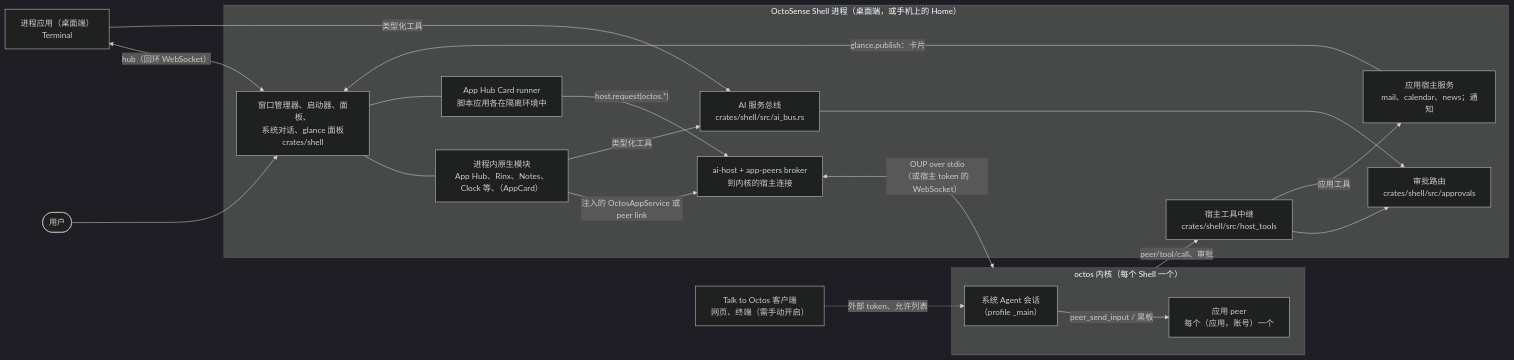
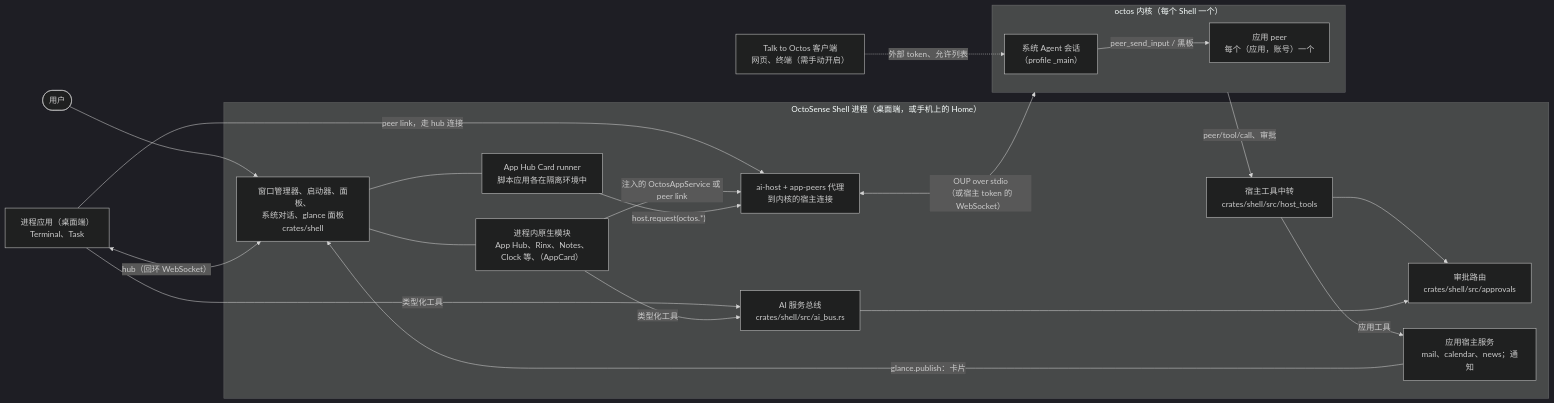
One commit to OctoSense-org/OctoSense changed the first of 5 diagrams in docs/architecture.zh-CN.md. Above: the diagram before and after it, drawn with Mermaid (dark theme). The commit also changed other lines of this file and 12 other files, not shown here.

````diff
--- a/docs/architecture.zh-CN.md
+++ b/docs/architecture.zh-CN.md
@@ -37,36 +31,37 @@
 ```mermaid
 flowchart LR
   person(["用户"])
   subgraph shellp["OctoSense Shell 进程（桌面端，或手机上的 Home）"]
     wm["窗口管理器、启动器、面板、<br/>系统对话、glance 面板<br/>crates/shell"]
     mods["进程内原生模块<br/>App Hub、Rinx、Notes、Clock 等、（AppCard）"]
     runner["App Hub Card runner<br/>脚本应用各在隔离环境中"]
     router["审批路由<br/>crates/shell/src/approvals"]
-    aihost["ai-host + app-peers broker<br/>到内核的宿主连接"]
-    relay["宿主工具中继<br/>crates/shell/src/host_tools"]
+    aihost["ai-host + app-peers 代理<br/>到内核的宿主连接"]
+    relay["宿主工具中转<br/>crates/shell/src/host_tools"]
     svc["应用宿主服务<br/>mail、calendar、news；通知"]
     bus["AI 服务总线<br/>crates/shell/src/ai_bus.rs"]
   end
-  term["进程应用（桌面端）<br/>Terminal"]
+  term["进程应用（桌面端）<br/>Terminal、Task"]
   subgraph kern["octos 内核（每个 Shell 一个）"]
     sys["系统 Agent 会话<br/>（profile _main）"]
     peers["应用 peer<br/>每个（应用，账号）一个"]
   end
   ext["Talk to Octos 客户端<br/>网页、终端（需手动开启）"]
   person --> wm
   wm --- mods
   wm --- runner
   term <-->|"hub（回环 WebSocket）"| wm
+  term -- "peer link，走 hub 连接" --> aihost
   mods -- "注入的 OctosAppService 或 peer link" --> aihost
   runner -- "host.request(octos.*)" --> aihost
   aihost <-->|"OUP over stdio<br/>（或宿主 token 的 WebSocket）"| kern
   sys -- "peer_send_input / 黑板" --> peers
   ext -. "外部 token、允许列表" .-> sys
   kern -- "peer/tool/call、审批" --> relay
   relay --> router
   relay -- "应用工具" --> svc
   svc -- "glance.publish：卡片" --> wm
   term -- "类型化工具" --> bus
   mods -- "类型化工具" --> bus
   bus --> router
 ```
````
